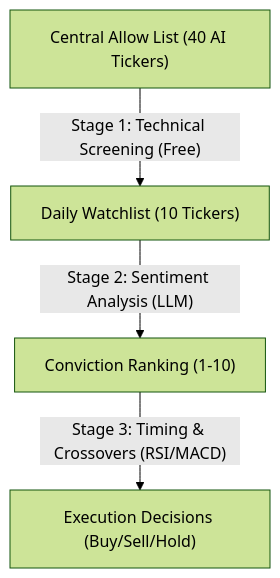
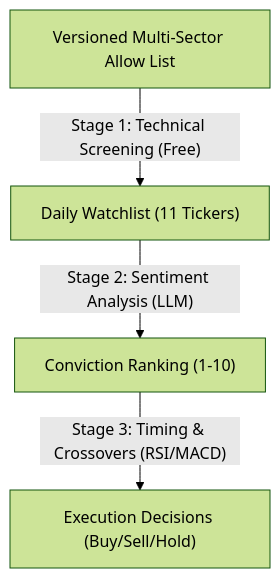
The second of 2 diagrams in README.md (Ameenota/stock-trader), drawn with Mermaid (forest theme) before and after one commit. The commit also changed other lines of this file and 17 other files, not shown here.

````diff
--- a/README.md
+++ b/README.md
@@ -85,6 +85,6 @@
 ```mermaid
 graph TD
-    A["Central Allow List (40 AI Tickers)"] -->|"Stage 1: Technical Screening (Free)"| B["Daily Watchlist (10 Tickers)"]
+    A["Versioned Multi-Sector Allow List"] -->|"Stage 1: Technical Screening (Free)"| B["Daily Watchlist (11 Tickers)"]
     B -->|"Stage 2: Sentiment Analysis (LLM)"| C["Conviction Ranking (1-10)"]
     C -->|"Stage 3: Timing & Crossovers (RSI/MACD)"| D["Execution Decisions (Buy/Sell/Hold)"]
 ```
````
